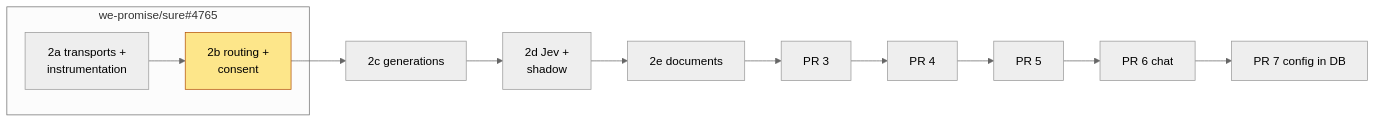
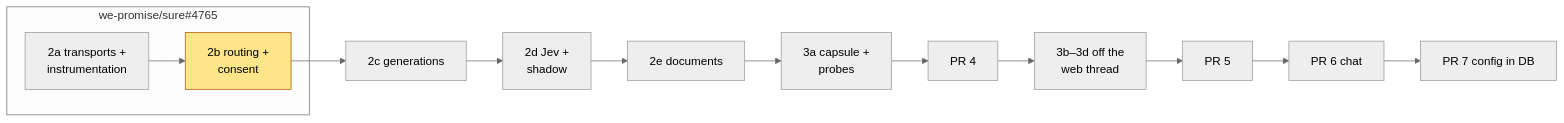
Before and after one commit to we-promise/sure: the first of 3 diagrams in docs/proposals/v0.8/pr-2b-routing-and-consent.md, drawn with Mermaid (neutral theme). The commit also changed 5 other files, not shown here.

````diff
--- a/docs/proposals/v0.8/pr-2b-routing-and-consent.md
+++ b/docs/proposals/v0.8/pr-2b-routing-and-consent.md
@@ -41,11 +41,11 @@
 ```mermaid
 flowchart LR
   A["2a transports +<br/>instrumentation"] --> B["2b routing +<br/>consent"] --> C["2c generations"] --> D["2d Jev +<br/>shadow"] --> E["2e documents"]
-  E --> P3["PR 3"] --> P4["PR 4"] --> P5["PR 5"] --> P6["PR 6 chat"] --> P7["PR 7 config in DB"]
+  E --> P3A["3a capsule +<br/>probes"] --> P4["PR 4"] --> P3["3b–3d off the<br/>web thread"] --> P5["PR 5"] --> P6["PR 6 chat"] --> P7["PR 7 config in DB"]
   subgraph PR4765["we-promise/sure#4765"]
     A
     B
   end
   classDef here fill:#fde68a,stroke:#b45309
   class B here
 ```
````
